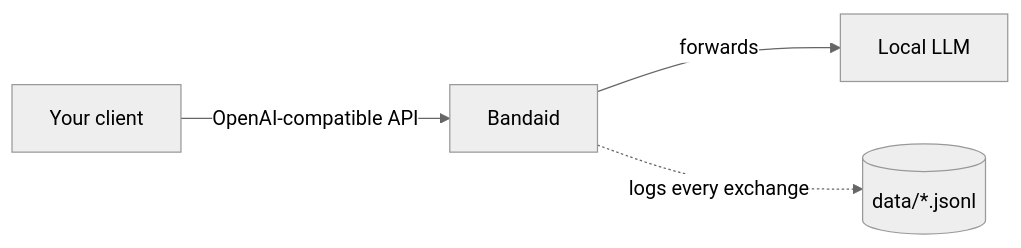
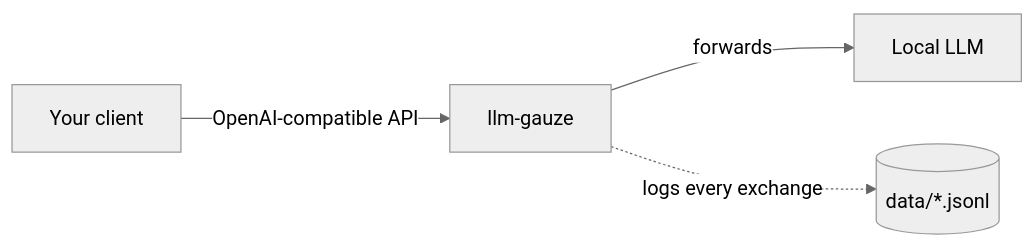
The first of 2 diagrams in README.md (ggeorgovassilis/llm-gauze), drawn with Mermaid (neutral theme) before and after one commit. The commit also changed other lines of this file and 14 other files, not shown here.

Commit message:
Rename project from bandaid to llm-gauze

````diff
--- a/README.md
+++ b/README.md
@@ -67,6 +67,6 @@
 ```mermaid
 flowchart LR
-    Client[Your client] -->|OpenAI-compatible API| Bandaid
-    Bandaid -->|forwards| LLM[Local LLM]
-    Bandaid -.->|logs every exchange| Store[(data/*.jsonl)]
+    Client[Your client] -->|OpenAI-compatible API| Gauze[llm-gauze]
+    Gauze -->|forwards| LLM[Local LLM]
+    Gauze -.->|logs every exchange| Store[(data/*.jsonl)]
 ```
````
